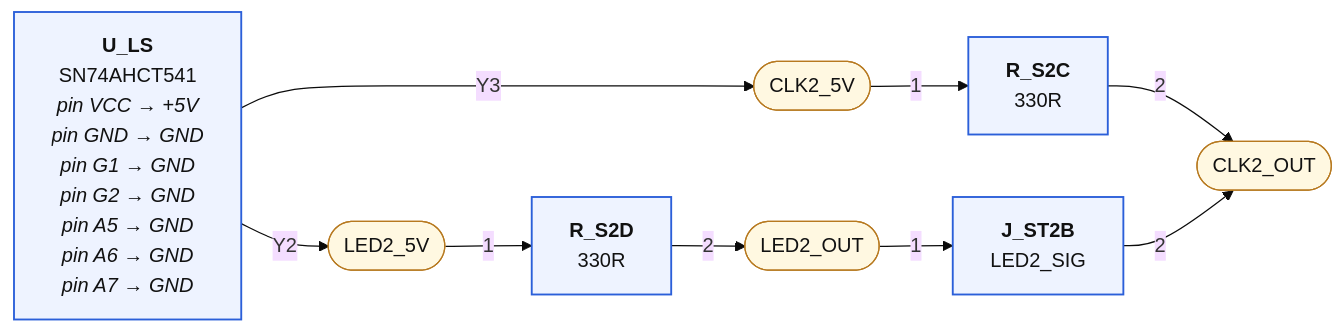
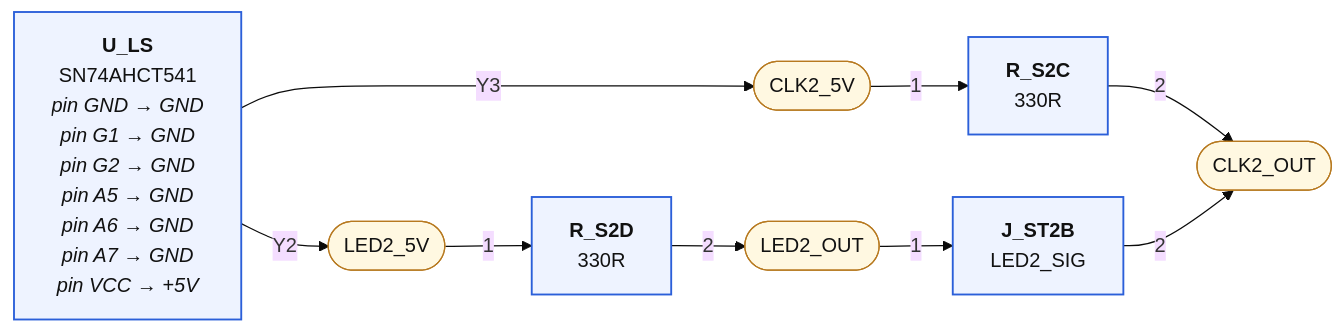
One commit to mrwillson2u/propmesh changed the third of 5 diagrams in hardware/pro/sheets/05-led.diagram.md. Above: the diagram before and after it, drawn with Mermaid (base theme). The commit also changed other lines of this file and 59 other files, not shown here.

````diff
--- a/hardware/pro/sheets/05-led.diagram.md
+++ b/hardware/pro/sheets/05-led.diagram.md
@@ -75,26 +83,26 @@
 ```mermaid
 graph LR
   classDef part fill:#eef3ff,stroke:#2b5fd9,stroke-width:1.5px,color:#111
   classDef net fill:#fff8e1,stroke:#b7791f,color:#111
   classDef rail fill:#ffe0b2,stroke:#e65100,stroke-width:3px,color:#111,font-weight:bold
   classDef badnet fill:#ffe0e0,stroke:#c00,stroke-width:3px,color:#111,font-weight:bold
   classDef absent fill:#fff,stroke:#c00,stroke-width:2px,stroke-dasharray:6 4,color:#c00
   classDef extra fill:#ffecec,stroke:#c00,stroke-width:2px,color:#111
   classDef dnp fill:#f5f5f5,stroke:#999,stroke-dasharray:3 3,color:#666
   N_LED2_5V(["LED2_5V"]):::net
-  P_U_LS["<b>U_LS</b><br/>SN74AHCT541<br/><i>pin VCC → +5V</i><br/><i>pin GND → GND</i><br/><i>pin G1 → GND</i><br/><i>pin G2 → GND</i><br/><i>pin A5 → GND</i><br/><i>pin A6 → GND</i><br/><i>pin A7 → GND</i>"]:::part
+  P_U_LS["<b>U_LS</b><br/>SN74AHCT541<br/><i>pin GND → GND</i><br/><i>pin G1 → GND</i><br/><i>pin G2 → GND</i><br/><i>pin A5 → GND</i><br/><i>pin A6 → GND</i><br/><i>pin A7 → GND</i><br/><i>pin VCC → +5V</i>"]:::part
   P_U_LS --"Y2"--> N_LED2_5V
   P_R_S2D["<b>R_S2D</b><br/>330R"]:::part
   N_LED2_5V --"1"--> P_R_S2D
   N_LED2_OUT(["LED2_OUT"]):::net
   P_R_S2D --"2"--> N_LED2_OUT
   P_J_ST2B["<b>J_ST2B</b><br/>LED2_SIG"]:::part
   N_LED2_OUT --"1"--> P_J_ST2B
   N_CLK2_5V(["CLK2_5V"]):::net
   P_U_LS --"Y3"--> N_CLK2_5V
   P_R_S2C["<b>R_S2C</b><br/>330R"]:::part
   N_CLK2_5V --"1"--> P_R_S2C
   N_CLK2_OUT(["CLK2_OUT"]):::net
   P_R_S2C --"2"--> N_CLK2_OUT
   P_J_ST2B --"2"--> N_CLK2_OUT
 ```
````
